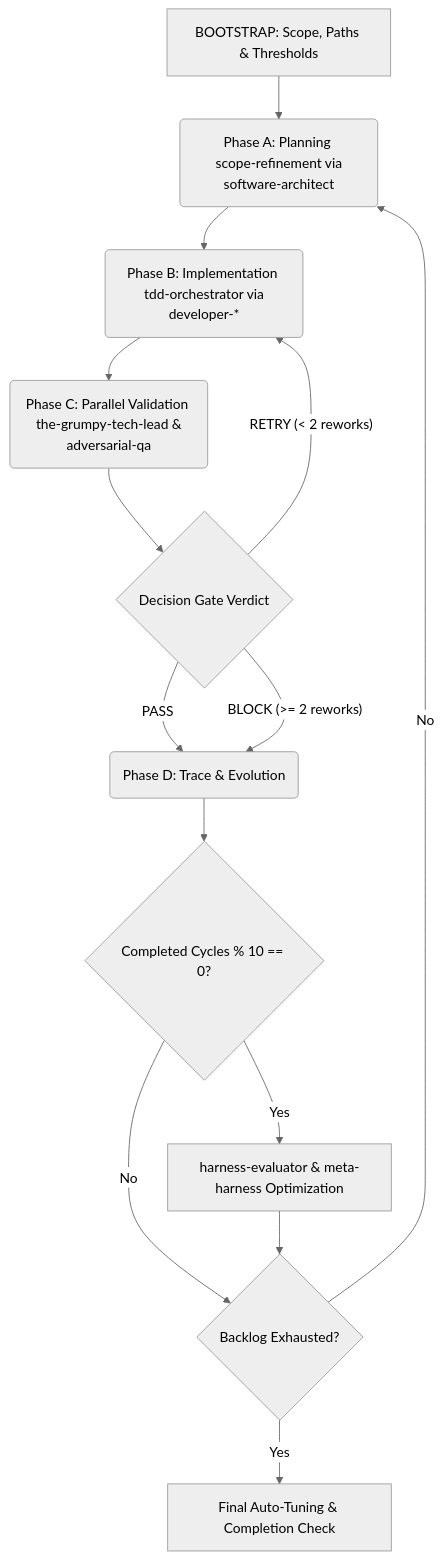
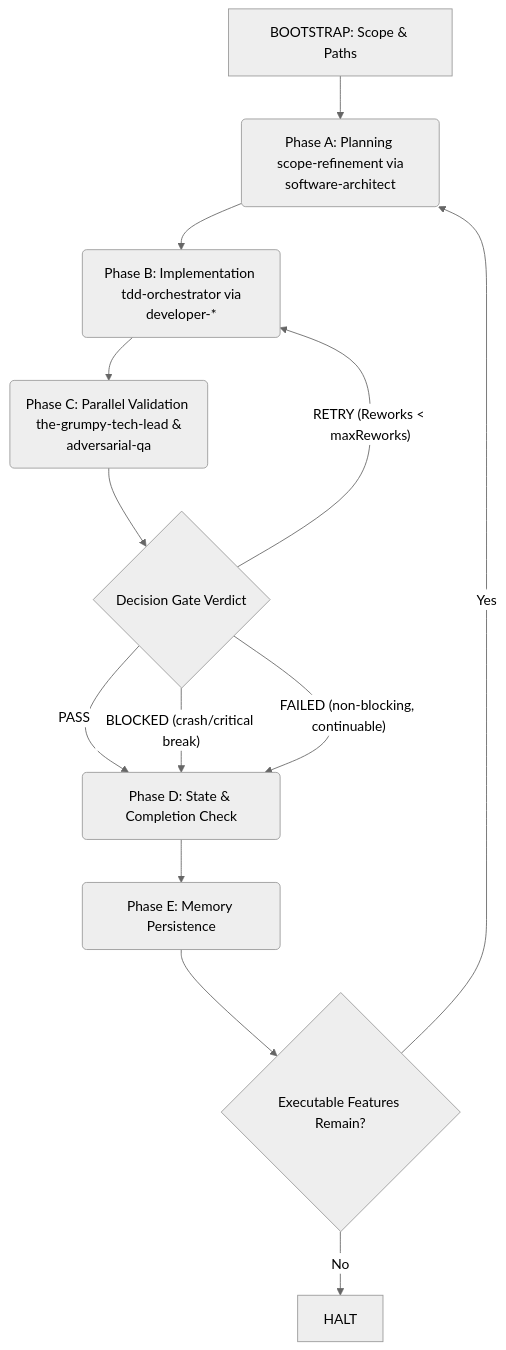
Before and after one commit to romabeckman/harness-kit: the diagram in docs/workflow/AUTONOMOUS-ORCHESTRATOR.md, drawn with Mermaid (neutral theme). The commit also changed other lines of this file and 4 other files, not shown here.

````diff
--- a/docs/workflow/AUTONOMOUS-ORCHESTRATOR.md
+++ b/docs/workflow/AUTONOMOUS-ORCHESTRATOR.md
@@ -22,16 +22,15 @@
 ```mermaid
 graph TD
-    A[BOOTSTRAP: Scope, Paths & Thresholds] --> B(Phase A: Planning <br/> scope-refinement via software-architect)
+    A[BOOTSTRAP: Scope & Paths] --> B(Phase A: Planning <br/> scope-refinement via software-architect)
     B --> C(Phase B: Implementation <br/> tdd-orchestrator via developer-*)
     C --> D(Phase C: Parallel Validation <br/> the-grumpy-tech-lead & adversarial-qa)
     D --> E{Decision Gate Verdict}
-    E -- PASS --> F(Phase D: Trace & Evolution)
-    E -- "RETRY (< 2 reworks)" --> C
-    E -- "BLOCK (>= 2 reworks)" --> F
-    F --> G{Completed Cycles % 10 == 0?}
-    G -- Yes --> H[harness-evaluator & meta-harness Optimization]
-    G -- No --> I{Backlog Exhausted?}
-    H --> I
-    I -- No --> B
-    I -- Yes --> J[Final Auto-Tuning & Completion Check]
+    E -- PASS --> F(Phase D: State & Completion Check)
+    E -- "RETRY (Reworks < maxReworks)" --> C
+    E -- "BLOCKED (crash/critical break)" --> F
+    E -- "FAILED (non-blocking, continuable)" --> F
+    F --> G(Phase E: Memory Persistence)
+    G --> H{Executable Features Remain?}
+    H -- Yes --> B
+    H -- No --> I[HALT]
 ```
````
